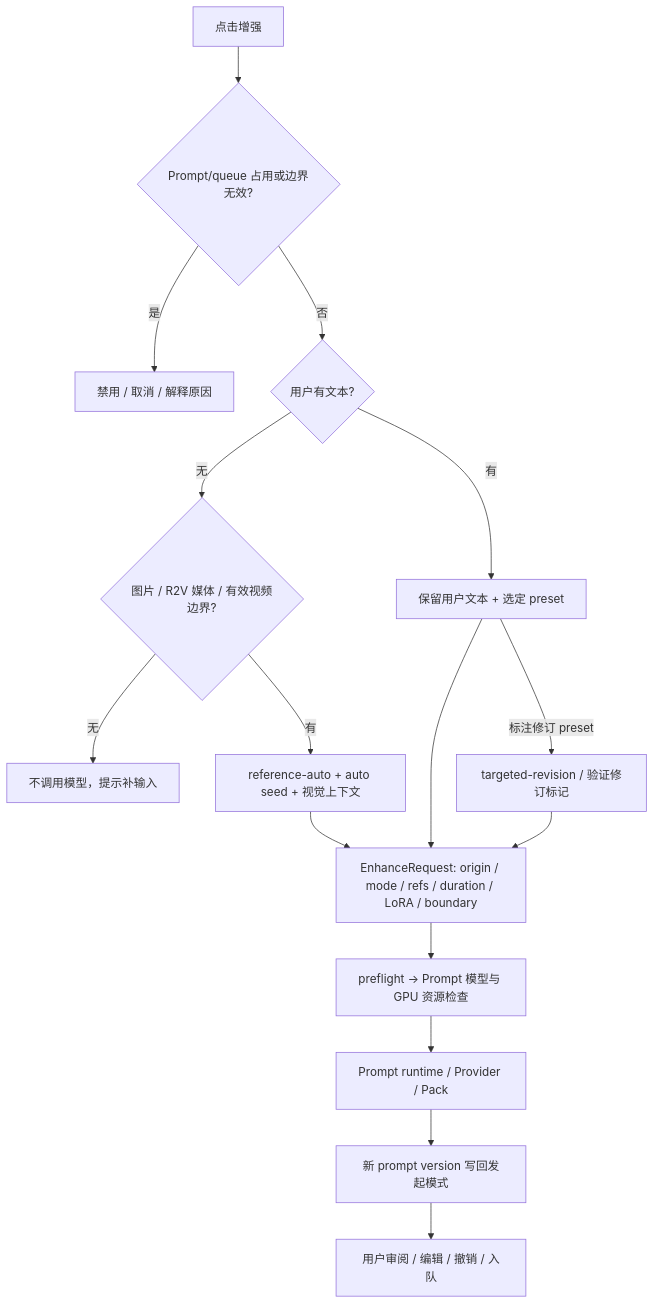
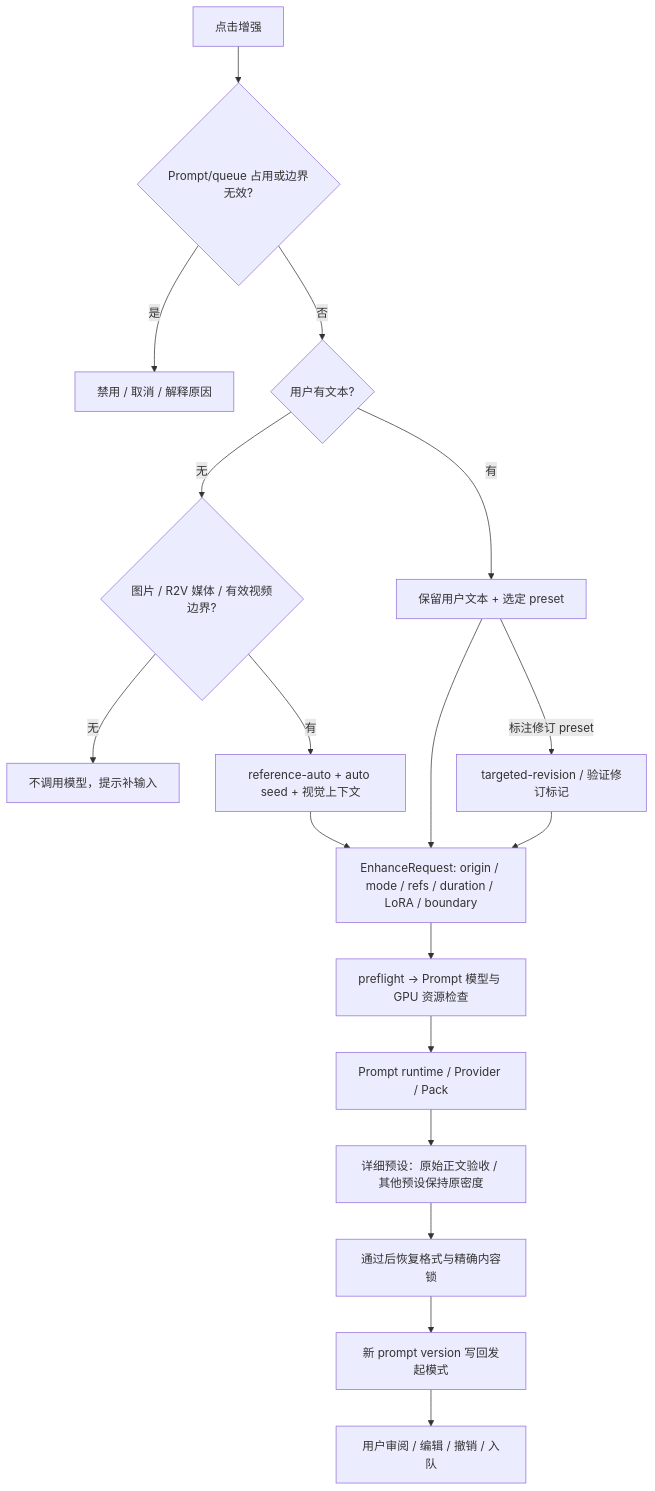
Before and after one commit to wxy112300/AIVideoGenTool: the third of 7 diagrams in docs/runbooks/PRODUCT_JOURNEYS.md, drawn with Mermaid. The commit also changed other lines of this file and 88 other files, not shown here.

````diff
--- a/docs/runbooks/PRODUCT_JOURNEYS.md
+++ b/docs/runbooks/PRODUCT_JOURNEYS.md
@@ -90,16 +90,18 @@
 ```mermaid
 flowchart TD
   B[点击增强] --> BUSY{Prompt/queue 占用或边界无效?}
   BUSY -->|是| BLOCK[禁用 / 取消 / 解释原因]
   BUSY -->|否| TEXT{用户有文本?}
   TEXT -->|无| MEDIA{图片 / R2V 媒体 / 有效视频边界?}
   MEDIA -->|无| STOP[不调用模型，提示补输入]
   MEDIA -->|有| AUTO[reference-auto + auto seed + 视觉上下文]
   TEXT -->|有| INTENT[保留用户文本 + 选定 preset]
   INTENT -->|标注修订 preset| REV[targeted-revision / 验证修订标记]
   AUTO & INTENT & REV --> REQ[EnhanceRequest: origin / mode / refs / duration / LoRA / boundary]
   REQ --> PF[preflight → Prompt 模型与 GPU 资源检查]
   PF --> MODEL[Prompt runtime / Provider / Pack]
-  MODEL --> RESULT[新 prompt version 写回发起模式]
+  MODEL --> RAW[详细预设：原始正文验收 / 其他预设保持原密度]
+  RAW --> NORMALIZE[通过后恢复格式与精确内容锁]
+  NORMALIZE --> RESULT[新 prompt version 写回发起模式]
   RESULT --> REVIEW[用户审阅 / 编辑 / 撤销 / 入队]
 ```
````
